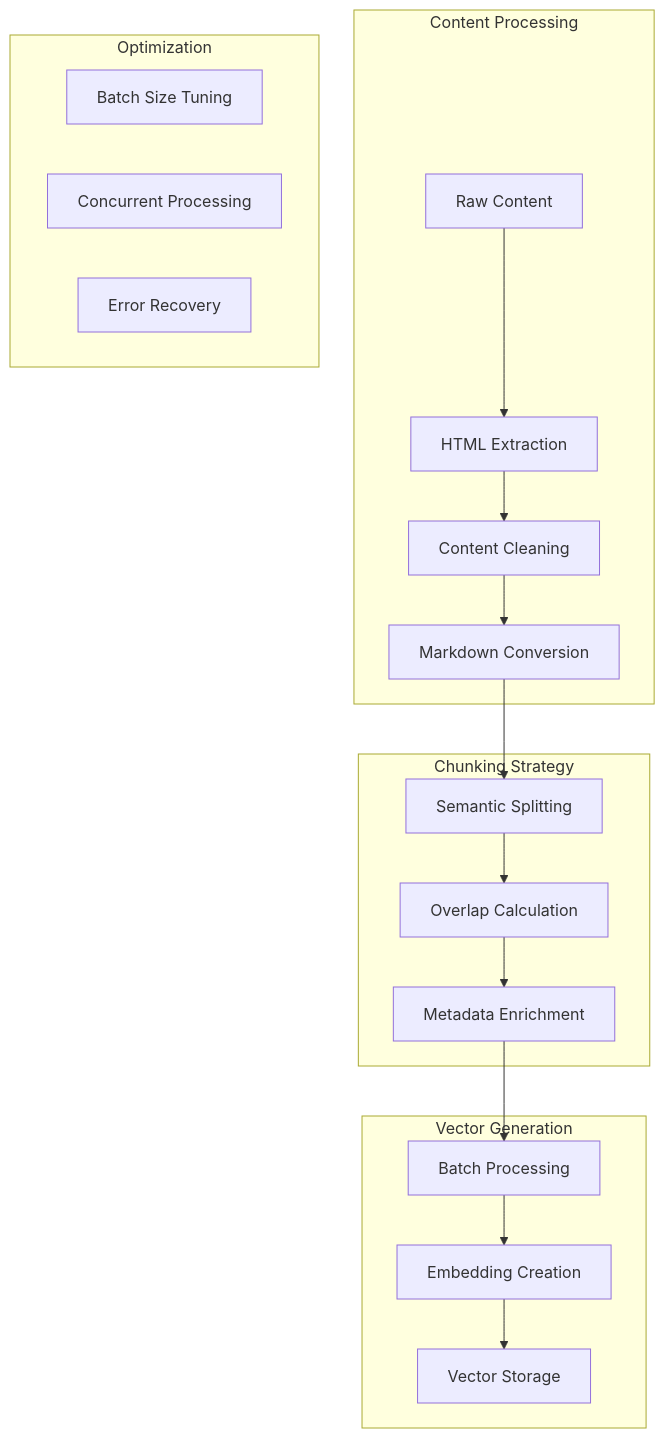
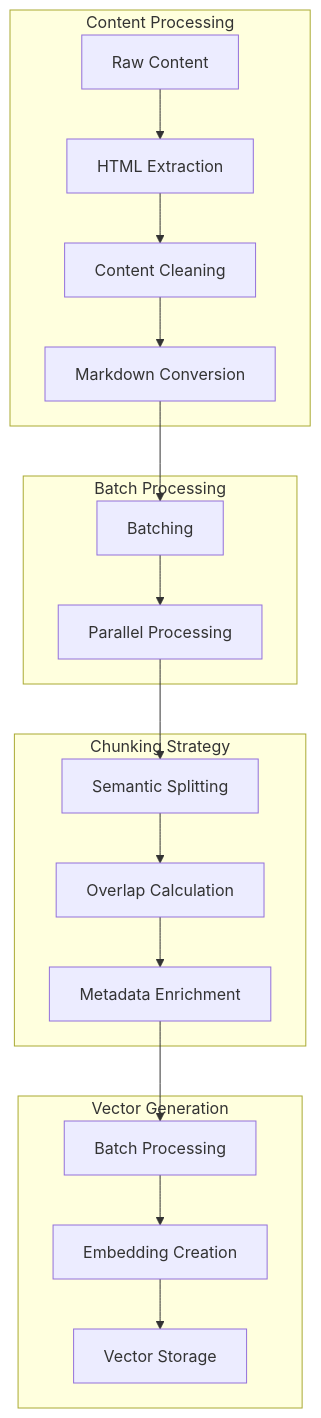
One commit to laialex501/lorechat-cdk changed the sixth of 6 diagrams in README.md. Above: the diagram before and after it, drawn with Mermaid. The commit also changed other lines of this file, not shown here.

````diff
--- a/README.md
+++ b/README.md
@@ -360,26 +365,25 @@
 ```mermaid
 graph TD
     subgraph "Content Processing"
         A[Raw Content] --> B[HTML Extraction]
         B --> C[Content Cleaning]
         C --> D[Markdown Conversion]
     end
+
+    subgraph "Batch Processing"
+        D --> K[Batching]
+        K --> L[Parallel Processing]
+    end
     
     subgraph "Chunking Strategy"
-        D --> E[Semantic Splitting]
+        L --> E[Semantic Splitting]
         E --> F[Overlap Calculation]
         F --> G[Metadata Enrichment]
     end
     
     subgraph "Vector Generation"
         G --> H[Batch Processing]
         H --> I[Embedding Creation]
         I --> J[Vector Storage]
     end
-    
-    subgraph "Optimization"
-        K[Batch Size Tuning]
-        L[Concurrent Processing]
-        M[Error Recovery]
-    end
 ```
````
